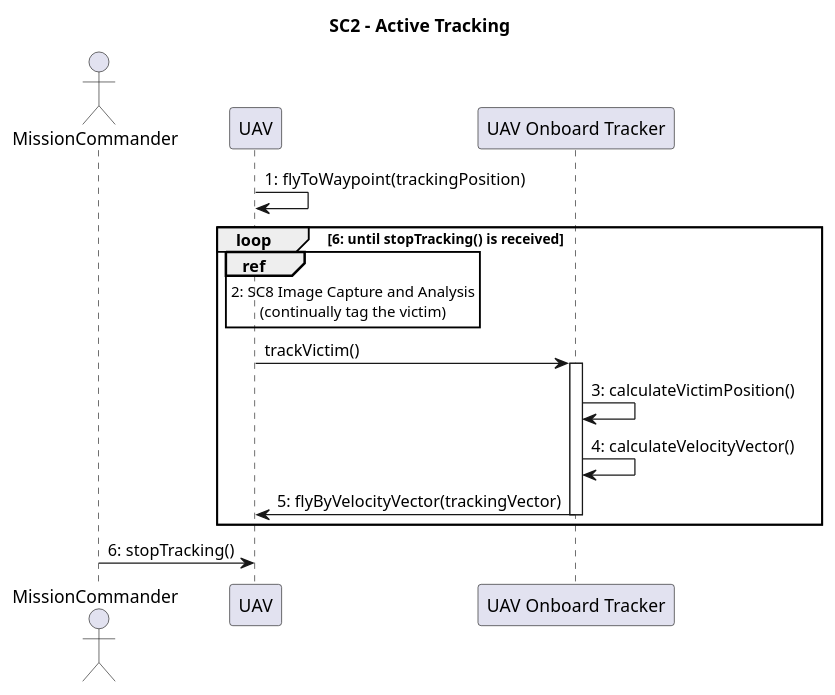
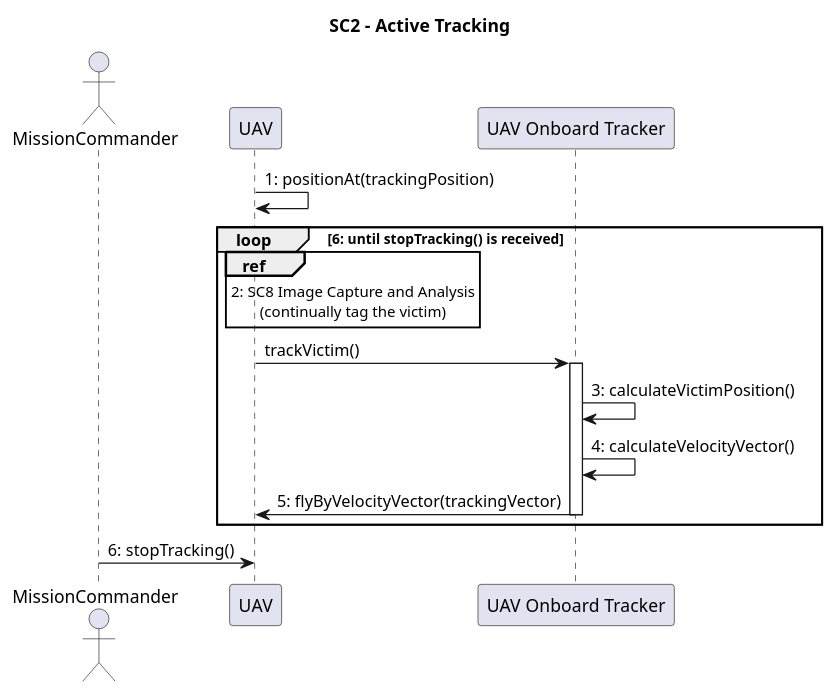
Before and after one commit to RathbergerJakob/e3-soft-eng: the diagram in reworked/sc2.puml, drawn with PlantUML. The commit also changed 3 other files, not shown here.

```diff
--- a/reworked/sc2.puml
+++ b/reworked/sc2.puml
@@ -1,22 +1,22 @@
 @startuml
 title SC2 – Active Tracking
 
 actor MissionCommander
 participant UAV
 participant "UAV Onboard Tracker" as Tracker
 
-UAV -> UAV : 1: flyToWaypoint(trackingPosition)
+UAV -> UAV : 1: positionAt(trackingPosition)
 
 loop 6: until stopTracking() is received
   ref over UAV : 2: SC8 Image Capture and Analysis\n(continually tag the victim)
 
   UAV -> Tracker : trackVictim()
   activate Tracker
   Tracker -> Tracker : 3: calculateVictimPosition()
   Tracker -> Tracker : 4: calculateVelocityVector()
   Tracker -> UAV : 5: flyByVelocityVector(trackingVector)
   deactivate Tracker
 end
 
 MissionCommander -> UAV : 6: stopTracking()
 @enduml
```
